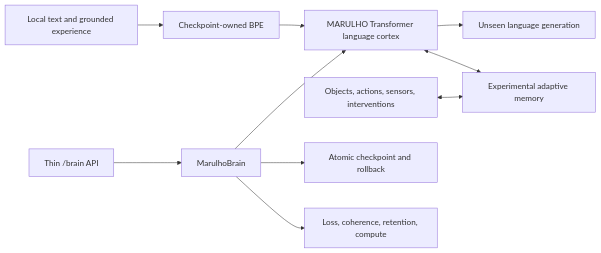
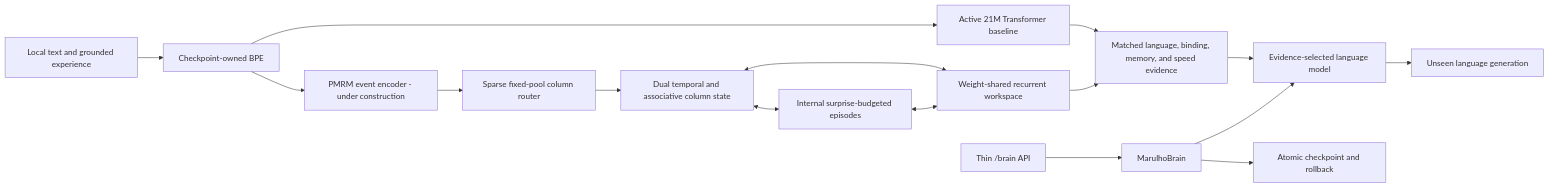
The diagram in README.md (Tuafo/MARULHO), drawn with Mermaid before and after one commit. The commit also changed other lines of this file and 4 other files, not shown here.

````diff
--- a/README.md
+++ b/README.md
@@ -27,12 +28,18 @@
 ```mermaid
 flowchart LR
     Data["Local text and grounded experience"] --> Tok["Checkpoint-owned BPE"]
-    Tok --> Cortex["MARULHO Transformer language cortex"]
-    Cortex --> Output["Unseen language generation"]
-    Cortex <--> Memory["Experimental adaptive memory"]
-    Grounding["Objects, actions, sensors, interventions"] <--> Memory
-    Brain["MarulhoBrain"] --> Cortex
+    Tok --> Baseline["Active 21M Transformer baseline"]
+    Tok --> Event["PMRM event encoder - under construction"]
+    Event --> Router["Sparse fixed-pool column router"]
+    Router --> Dual["Dual temporal and associative column state"]
+    Dual <--> Episode["Internal surprise-budgeted episodes"]
+    Dual <--> Workspace["Weight-shared recurrent workspace"]
+    Episode <--> Workspace
+    Baseline --> Compare["Matched language, binding, memory, and speed evidence"]
+    Workspace --> Compare
+    Compare --> Selected["Evidence-selected language model"]
+    Selected --> Output["Unseen language generation"]
+    Brain["MarulhoBrain"] --> Selected
     Brain --> Checkpoint["Atomic checkpoint and rollback"]
-    Brain --> Evidence["Loss, coherence, retention, compute"]
     Service["Thin /brain API"] --> Brain
 ```
````
